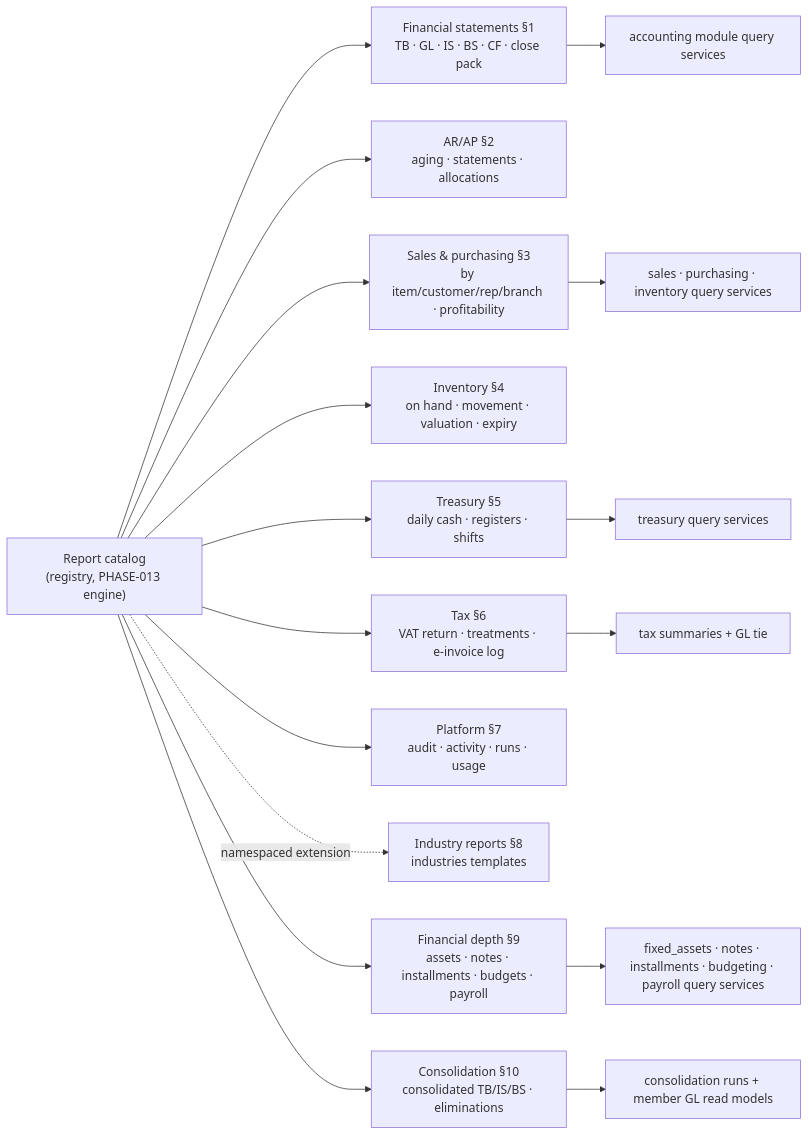
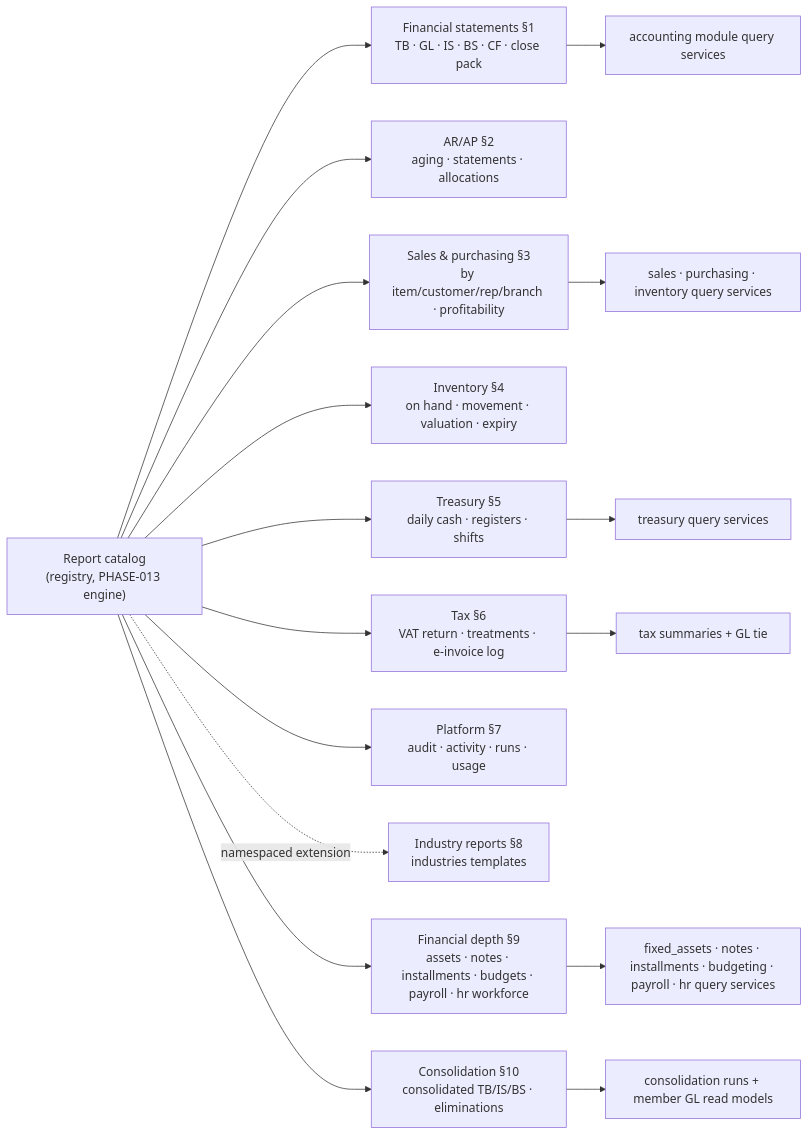
The diagram in docs/reporting/REPORT_CATALOG.md (kasem520000/ERP_Sys), drawn with Mermaid before and after one commit. The commit also changed other lines of this file and 20 other files, not shown here.

````diff
--- a/docs/reporting/REPORT_CATALOG.md
+++ b/docs/reporting/REPORT_CATALOG.md
@@ -21,19 +21,19 @@
 ```mermaid
 flowchart LR
   R["Report catalog<br/>(registry, PHASE-013 engine)"] --> F["Financial statements §1<br/>TB · GL · IS · BS · CF · close pack"]
   R --> AA["AR/AP §2<br/>aging · statements · allocations"]
   R --> SP["Sales & purchasing §3<br/>by item/customer/rep/branch · profitability"]
   R --> I["Inventory §4<br/>on hand · movement · valuation · expiry"]
   R --> T["Treasury §5<br/>daily cash · registers · shifts"]
   R --> X["Tax §6<br/>VAT return · treatments · e-invoice log"]
   R --> P["Platform §7<br/>audit · activity · runs · usage"]
   R -. "namespaced extension" .-> IND["Industry reports §8<br/>industries templates"]
-  R --> F2["Financial depth §9<br/>assets · notes · installments · budgets · payroll"]
+  R --> F2["Financial depth §9<br/>assets · notes · installments · budgets · payroll · hr workforce"]
   R --> C["Consolidation §10<br/>consolidated TB/IS/BS · eliminations"]
   F --> AC["accounting module query services"]
   SP --> SALES["sales · purchasing · inventory query services"]
   T --> TR["treasury query services"]
   X --> TAX["tax summaries + GL tie"]
-  F2 --> FD["fixed_assets · notes · installments · budgeting · payroll query services"]
+  F2 --> FD["fixed_assets · notes · installments · budgeting · payroll · hr query services"]
   C --> CONS["consolidation runs + member GL read models"]
 ```
````
